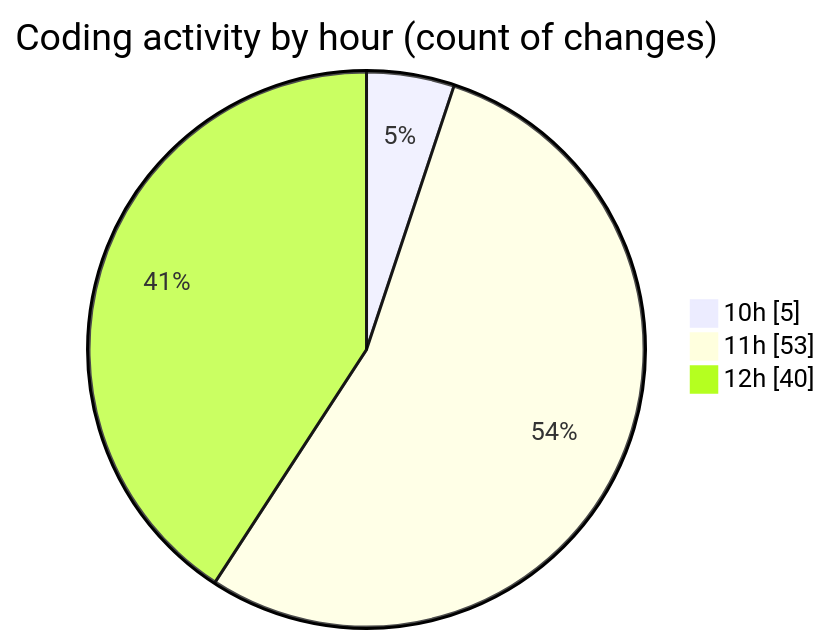
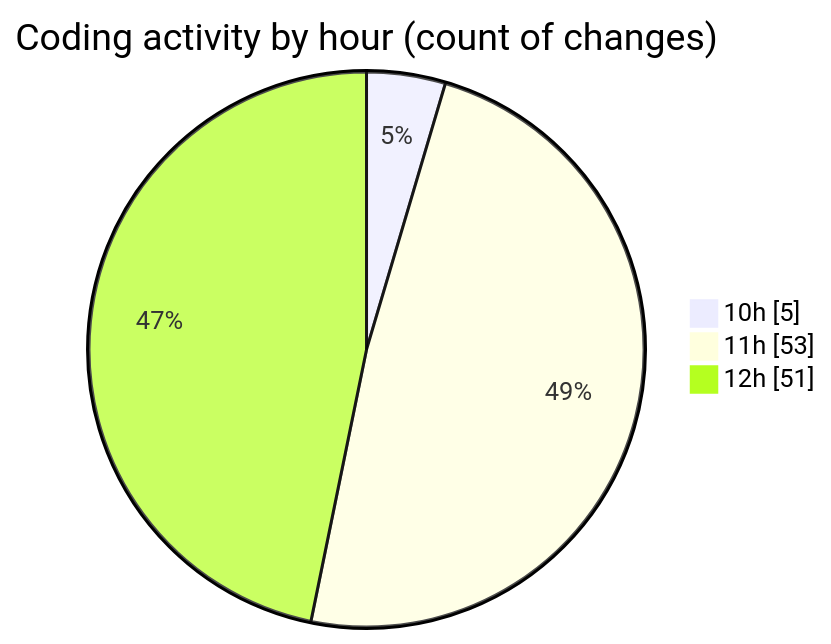
One commit to momahboobian/code-tracking changed the second of 2 diagrams in 2025-06-17/cda/README.md. Above: the diagram before and after it, drawn with Mermaid. The commit also changed other lines of this file and 1 other file, not shown here.

````diff
--- a/2025-06-17/cda/README.md
+++ b/2025-06-17/cda/README.md
@@ -32,7 +34,7 @@
 ```mermaid
 pie showData
 title Coding activity by hour (count of changes)
 "10h" : 5
 "11h" : 53
-"12h" : 40
+"12h" : 51
 ```
````
